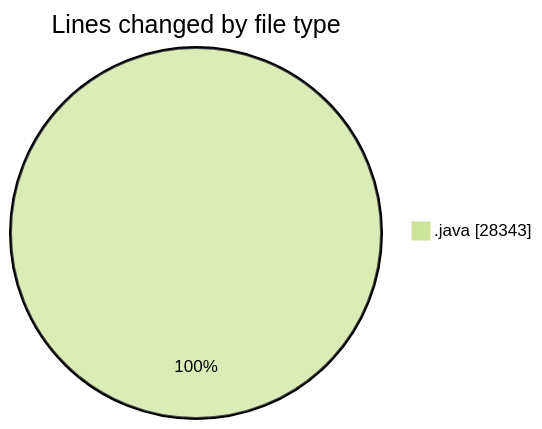
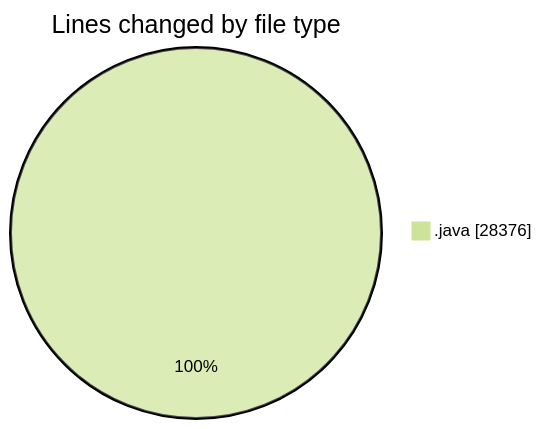
The first of 2 diagrams in 2026-05-19/cilapp/README.md (ricardozamudiocil/code-tracking), drawn with Mermaid (forest theme) before and after one commit. The commit also changed other lines of this file and 1 other file, not shown here.

````diff
--- a/2026-05-19/cilapp/README.md
+++ b/2026-05-19/cilapp/README.md
@@ -25,5 +25,5 @@
 ```mermaid
 pie showData
 title Lines changed by file type
-".java" : 28343
+".java" : 28376
 ```
````
